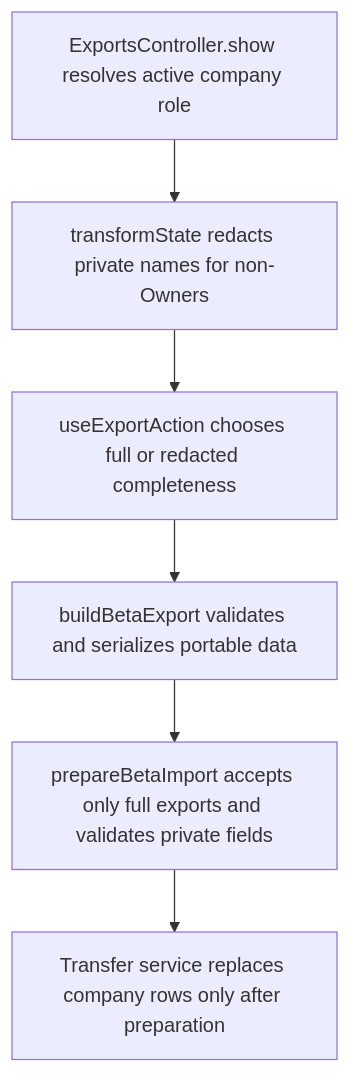
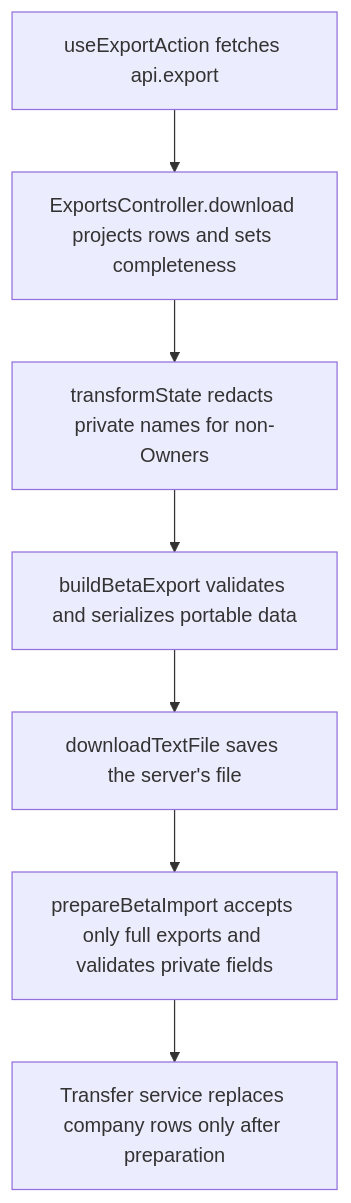
Before and after one commit to Kevinjohn/capacitylens: the second of 2 diagrams in user-stories/data/US-DAT-07-private-name-portability.md, drawn with Mermaid. The commit also changed other lines of this file and 16 other files, not shown here.

First line of the commit message:
Build the company export on the server and serve it as a download

````diff
--- a/user-stories/data/US-DAT-07-private-name-portability.md
+++ b/user-stories/data/US-DAT-07-private-name-portability.md
@@ -29,8 +29,9 @@
 ```mermaid
 flowchart TD
-  role["ExportsController.show resolves active company role"] --> project["transformState redacts private names for non-Owners"]
-  project --> build["useExportAction chooses full or redacted completeness"]
-  build --> beta["buildBetaExport validates and serializes portable data"]
-  beta --> import["prepareBetaImport accepts only full exports and validates private fields"]
+  fetch["useExportAction fetches api.export"] --> role["ExportsController.download projects rows and sets completeness"]
+  role --> project["transformState redacts private names for non-Owners"]
+  project --> beta["buildBetaExport validates and serializes portable data"]
+  beta --> file["downloadTextFile saves the server's file"]
+  file --> import["prepareBetaImport accepts only full exports and validates private fields"]
   import --> replace["Transfer service replaces company rows only after preparation"]
 ```
````
